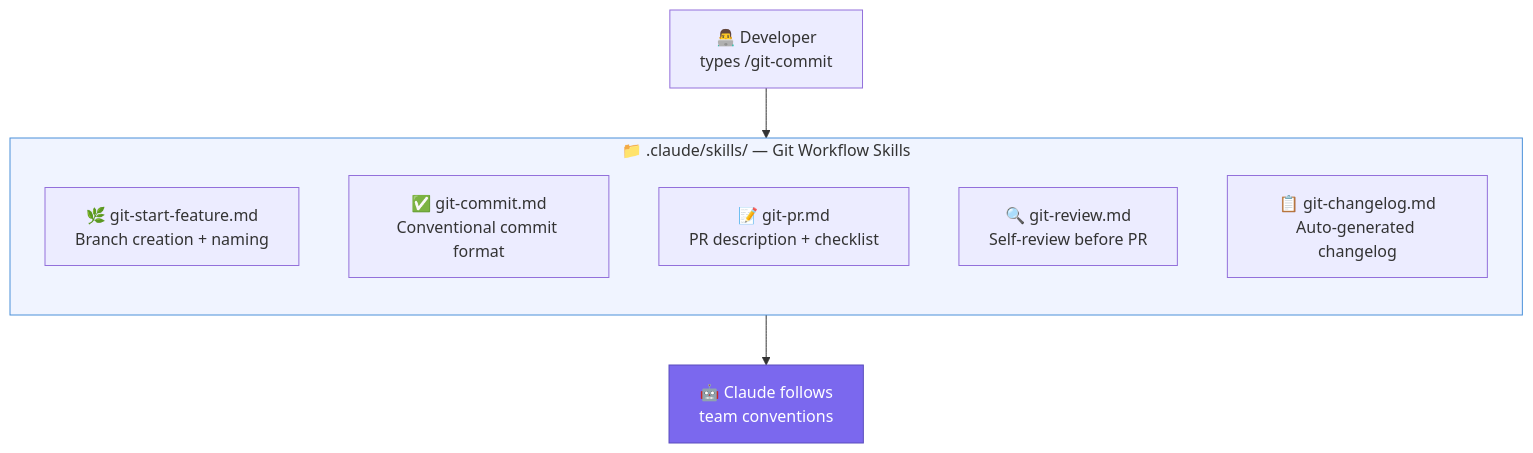
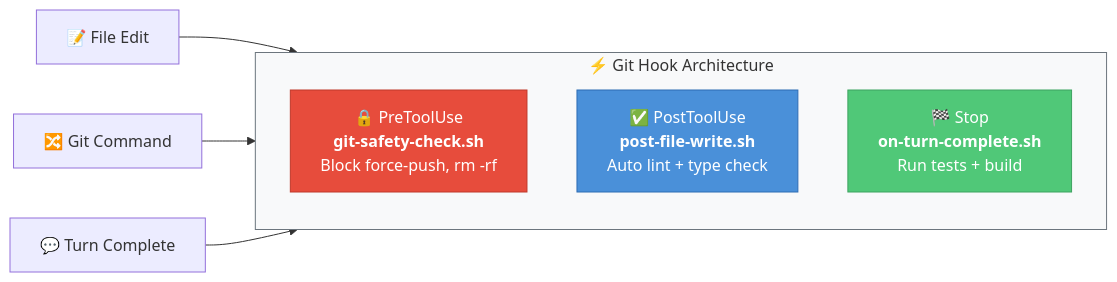
The second of 5 diagrams in article_12_git_claude_integration.md (rajatslakhina/AI-Knowledge), drawn with Mermaid before and after one commit. The commit also changed other lines of this file and 10 other files, not shown here.

````diff
--- a/article_12_git_claude_integration.md
+++ b/article_12_git_claude_integration.md
@@ -102,17 +362,18 @@
 ```mermaid
-graph TB
-    subgraph SKILLS["📁 .claude/skills/ — Git Workflow Skills"]
+graph LR
+    subgraph HOOKS["⚡ Git Hook Architecture"]
         direction TB
-        S1["🌿 git-start-feature.md<br/>Branch creation + naming"]
-        S2["✅ git-commit.md<br/>Conventional commit format"]
-        S3["📝 git-pr.md<br/>PR description + checklist"]
-        S4["🔍 git-review.md<br/>Self-review before PR"]
-        S5["📋 git-changelog.md<br/>Auto-generated changelog"]
+        PRE["🔒 PreToolUse<br/><b>git-safety-check.sh</b><br/>Block force-push, rm -rf"]
+        POST["✅ PostToolUse<br/><b>post-file-write.sh</b><br/>Auto lint + type check"]
+        STOP["🏁 Stop<br/><b>on-turn-complete.sh</b><br/>Run tests + build"]
     end
 
-    DEV["👨‍💻 Developer<br/>types /git-commit"] --> SKILLS
-    SKILLS --> CLAUDE["🤖 Claude follows<br/>team conventions"]
+    FILE["📝 File Edit"] --> POST
+    GIT_CMD["🔀 Git Command"] --> PRE
+    TURN_END["💬 Turn Complete"] --> STOP
 
-    style SKILLS fill:#f0f4ff,stroke:#4a90d9
-    style CLAUDE fill:#7b68ee,stroke:#5a4dbd,color:#fff
+    style HOOKS fill:#f8f9fa,stroke:#6c757d
+    style PRE fill:#e74c3c,stroke:#c0392b,color:#fff
+    style POST fill:#4a90d9,stroke:#2d6cb4,color:#fff
+    style STOP fill:#50c878,stroke:#3da360,color:#fff
 ```
````
